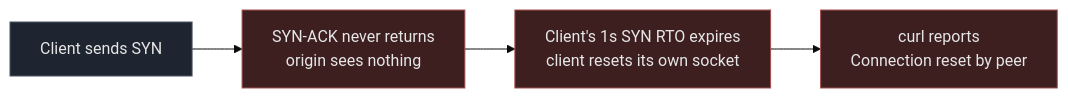
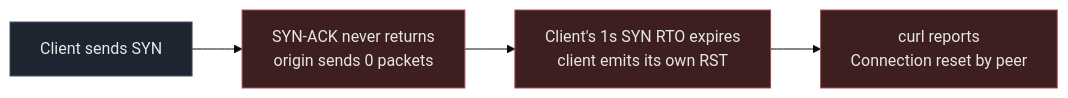
One commit to i125pro/i125pro.github.io changed the first of 2 diagrams in _posts/2026-09-30-cloudflare-sni-blocking-preferred-ip-dead.md. Above: the diagram before and after it, drawn with Mermaid (base theme). The commit also changed other lines of this file and 1 other file, not shown here.

````diff
--- a/_posts/2026-09-30-cloudflare-sni-blocking-preferred-ip-dead.md
+++ b/_posts/2026-09-30-cloudflare-sni-blocking-preferred-ip-dead.md
@@ -211,11 +170,11 @@
 ```mermaid
 flowchart LR
-    A["Client sends SYN"] --> B["SYN-ACK never returns<br/>origin sees nothing"]
-    B --> C["Client's 1s SYN RTO expires<br/>client resets its own socket"]
+    A["Client sends SYN"] --> B["SYN-ACK never returns<br/>origin sends 0 packets"]
+    B --> C["Client's 1s SYN RTO expires<br/>client emits its own RST"]
     C --> D["curl reports<br/>Connection reset by peer"]
 
     style A fill:#1e2430,stroke:#4a5568,color:#e6e6e6
     style B fill:#3d1f1f,stroke:#a45050,color:#e6e6e6
     style C fill:#3d1f1f,stroke:#a45050,color:#e6e6e6
     style D fill:#3d1f1f,stroke:#a45050,color:#e6e6e6
 ```
````
